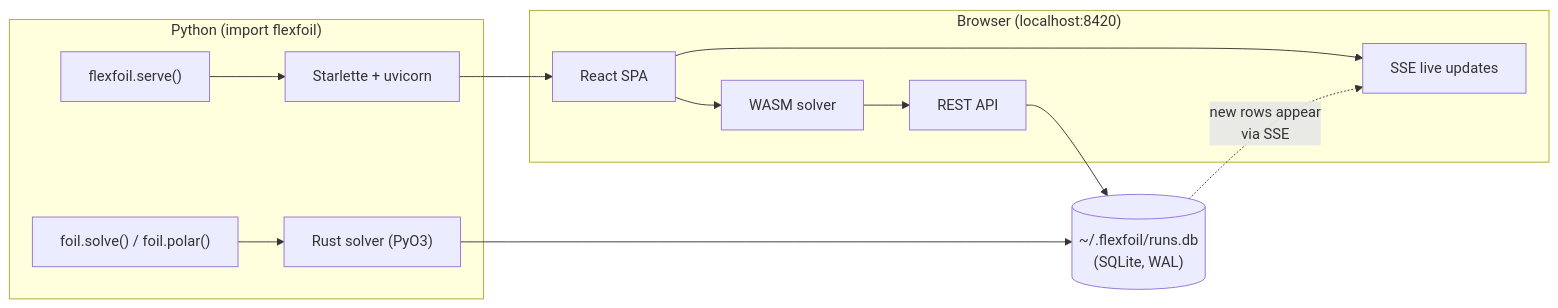
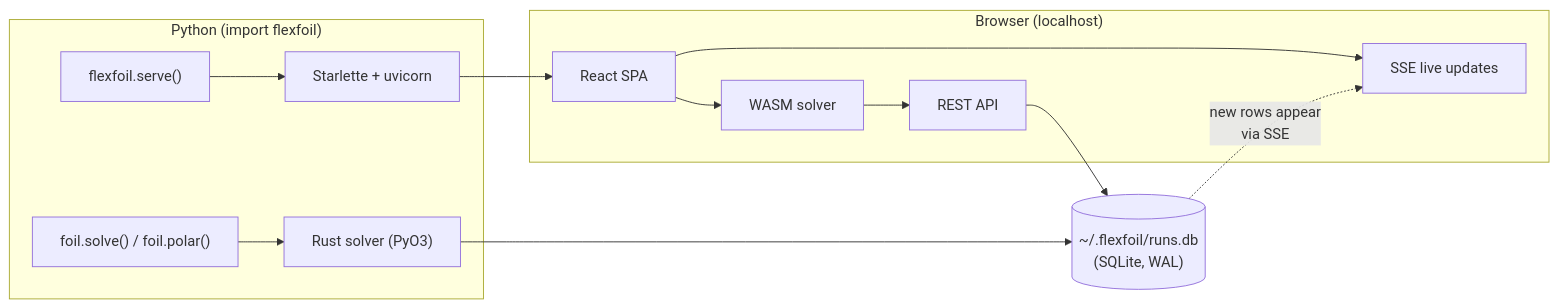
The diagram in docs-site/docs/python-api.mdx (flexcompute/flexfoil), drawn with Mermaid before and after one commit. The commit also changed other lines of this file, not shown here.

````diff
--- a/docs-site/docs/python-api.mdx
+++ b/docs-site/docs/python-api.mdx
@@ -137,28 +153,28 @@
 ```mermaid
 flowchart LR
     subgraph python ["Python (import flexfoil)"]
         solve["foil.solve() / foil.polar()"]
         rust["Rust solver (PyO3)"]
         serve["flexfoil.serve()"]
         starlette["Starlette + uvicorn"]
         solve --> rust
         serve --> starlette
     end
 
-    subgraph browser ["Browser (localhost:8420)"]
+    subgraph browser ["Browser (localhost)"]
         spa["React SPA"]
         wasm["WASM solver"]
         rest["REST API"]
         sse["SSE live updates"]
         spa --> wasm
         wasm --> rest
         spa --> sse
     end
 
     db[("~/.flexfoil/runs.db\n(SQLite, WAL)")]
 
     rust --> db
     rest --> db
     starlette --> spa
     db -.->|"new rows appear\nvia SSE"| sse
 ```
````
